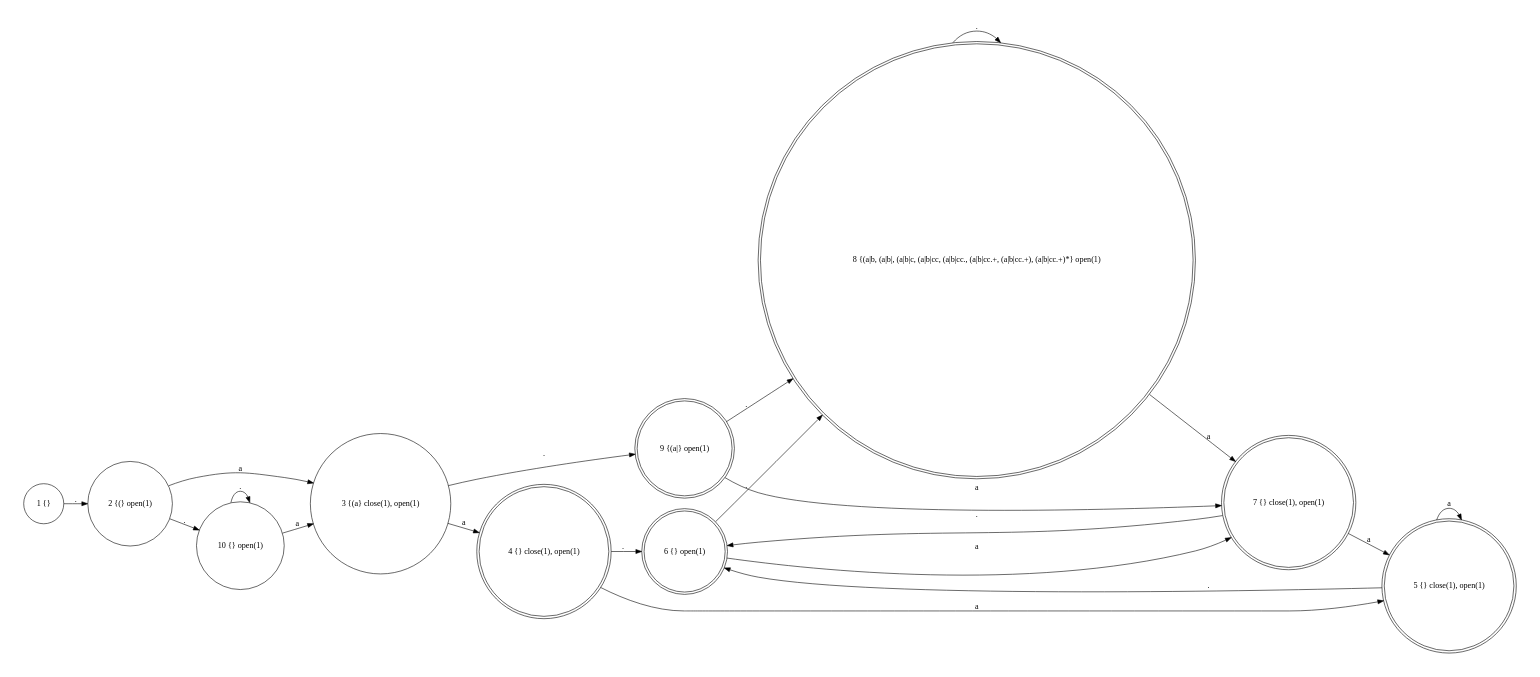
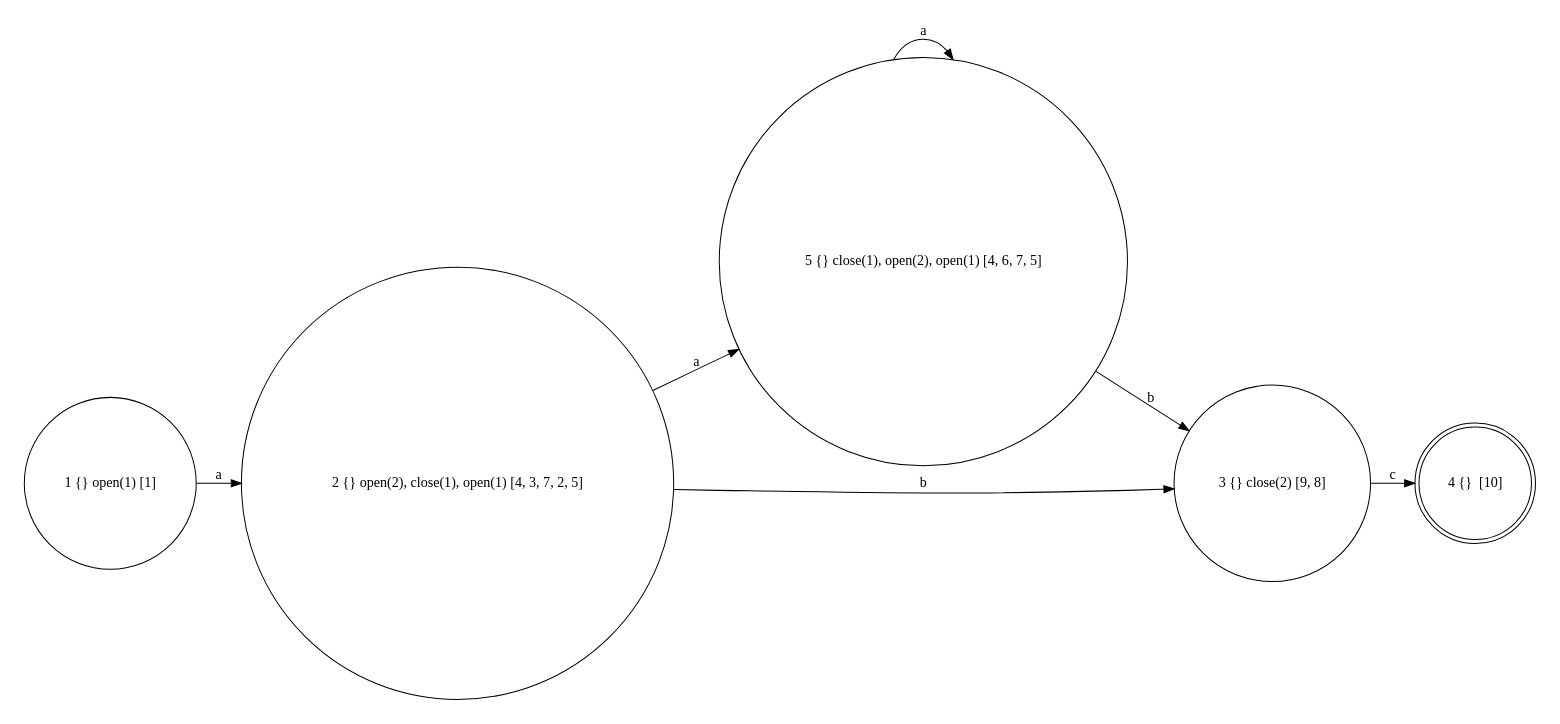
One commit to leegao/LuaInLua changed the diagram in test.dot. Above: the diagram before and after it, drawn with Graphviz. The commit also changed 3 other files, not shown here.

```diff
--- a/test.dot
+++ b/test.dot
@@ -1,35 +1,17 @@
 digraph {
   rankdir=LR;
   size="8,5"
-  node[shape=doublecircle,label=""]; 4 8 7 9 6 5;
+  node[shape=doublecircle,label=""]; 4;
   node[shape=circle,label=""];
-  4[label="4 {} close(1), open(1)"];
-  8[label="8 {(a|b, (a|b|, (a|b|c, (a|b|cc, (a|b|cc., (a|b|cc.+, (a|b|cc.+), (a|b|cc.+)*} open(1)"];
-  1[label="1 {} "];
-  5[label="5 {} close(1), open(1)"];
-  9[label="9 {(a|} open(1)"];
-  6[label="6 {} open(1)"];
-  3[label="3 {(a} close(1), open(1)"];
-  7[label="7 {} close(1), open(1)"];
-  2[label="2 {(} open(1)"];
-  10[label="10 {} open(1)"];
-  4 -> 6[label="."];
-  4 -> 5[label="a"];
-  8 -> 8[label="."];
-  8 -> 7[label="a"];
-  1 -> 2[label="."];
-  5 -> 6[label="."];
+  4[label="4 {}  [10]"];
+  1[label="1 {} open(1) [1]"];
+  5[label="5 {} close(1), open(2), open(1) [4, 6, 7, 5]"];
+  2[label="2 {} open(2), close(1), open(1) [4, 3, 7, 2, 5]"];
+  3[label="3 {} close(2) [9, 8]"];
+  1 -> 2[label="a"];
+  5 -> 3[label="b"];
   5 -> 5[label="a"];
-  9 -> 8[label="."];
-  9 -> 7[label="a"];
-  6 -> 8[label="."];
-  6 -> 7[label="a"];
-  3 -> 4[label="a"];
-  3 -> 9[label="."];
-  7 -> 6[label="."];
-  7 -> 5[label="a"];
-  2 -> 3[label="a"];
-  2 -> 10[label="."];
-  10 -> 3[label="a"];
-  10 -> 10[label="."];
+  2 -> 3[label="b"];
+  2 -> 5[label="a"];
+  3 -> 4[label="c"];
 }
```
